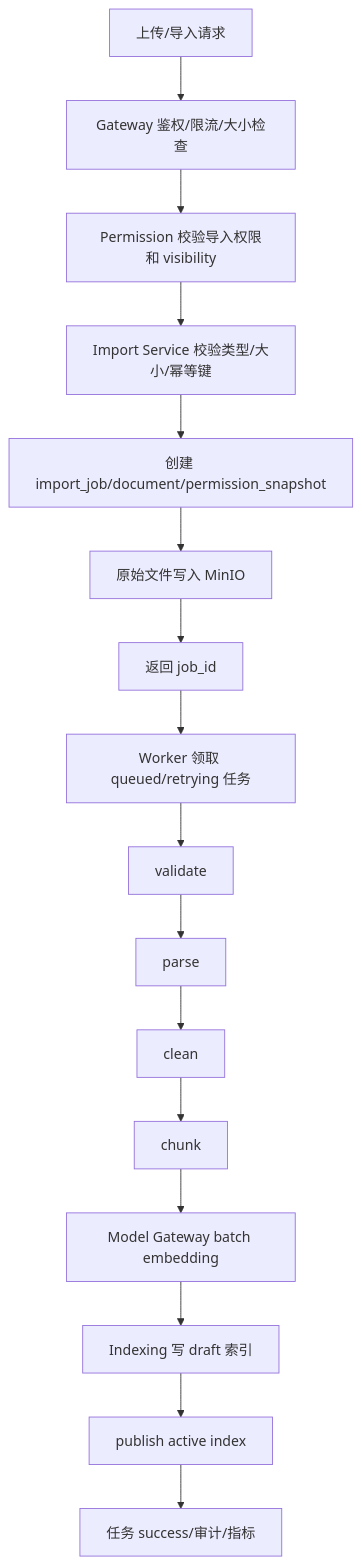
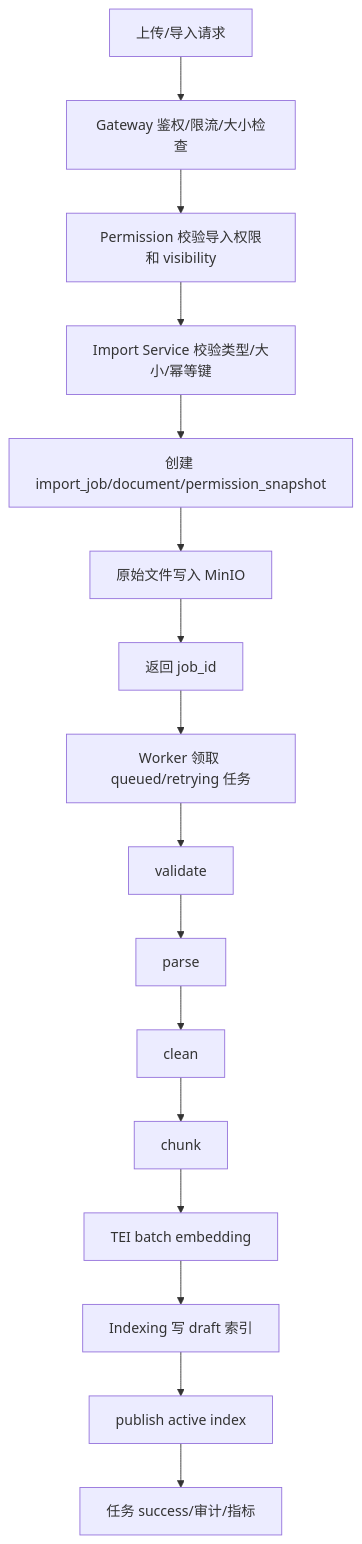
The seventh of 15 diagrams in docs/项目执行流程图.md (brianlee202602-dot/Little-Bear), drawn with Mermaid before and after one commit. The commit also changed other lines of this file and 49 other files, not shown here.

````diff
--- a/docs/项目执行流程图.md
+++ b/docs/项目执行流程图.md
@@ -166,18 +166,18 @@
 ```mermaid
 flowchart TD
     A[上传/导入请求] --> B[Gateway 鉴权/限流/大小检查]
     B --> C[Permission 校验导入权限和 visibility]
     C --> D[Import Service 校验类型/大小/幂等键]
     D --> E[创建 import_job/document/permission_snapshot]
     E --> F[原始文件写入 MinIO]
     F --> G[返回 job_id]
     G --> H[Worker 领取 queued/retrying 任务]
     H --> I[validate]
     I --> J[parse]
     J --> K[clean]
     K --> L[chunk]
-    L --> M[Model Gateway batch embedding]
+    L --> M[TEI batch embedding]
     M --> N[Indexing 写 draft 索引]
     N --> O[publish active index]
     O --> P[任务 success/审计/指标]
 ```
````
